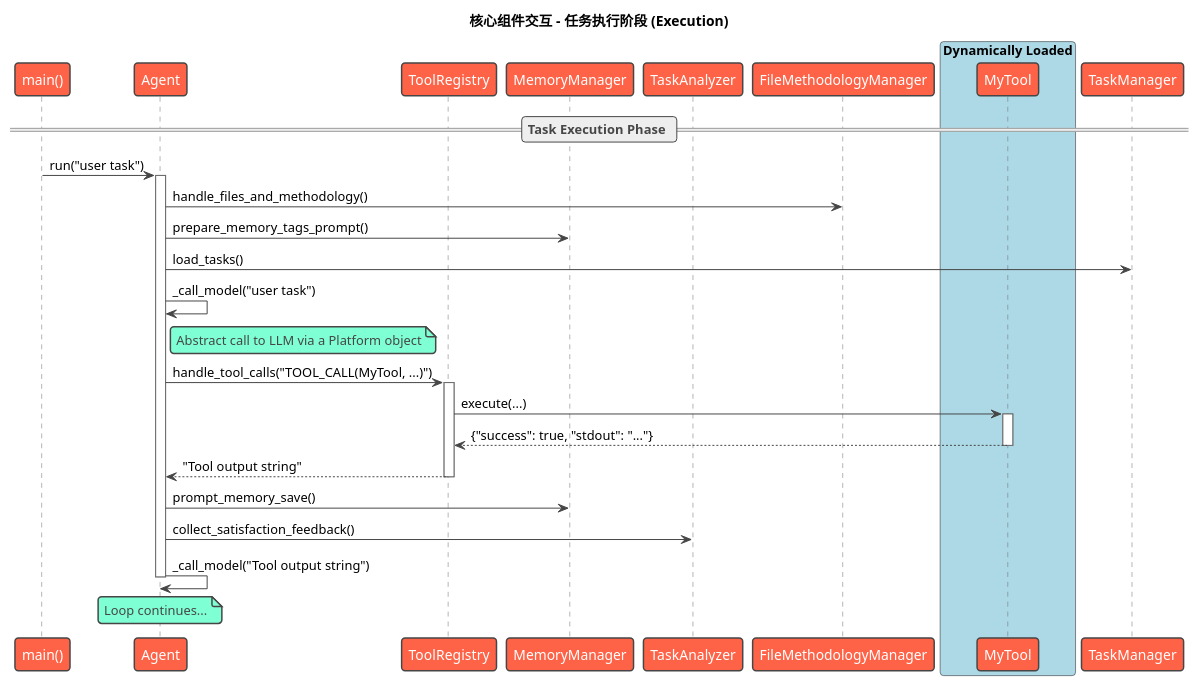
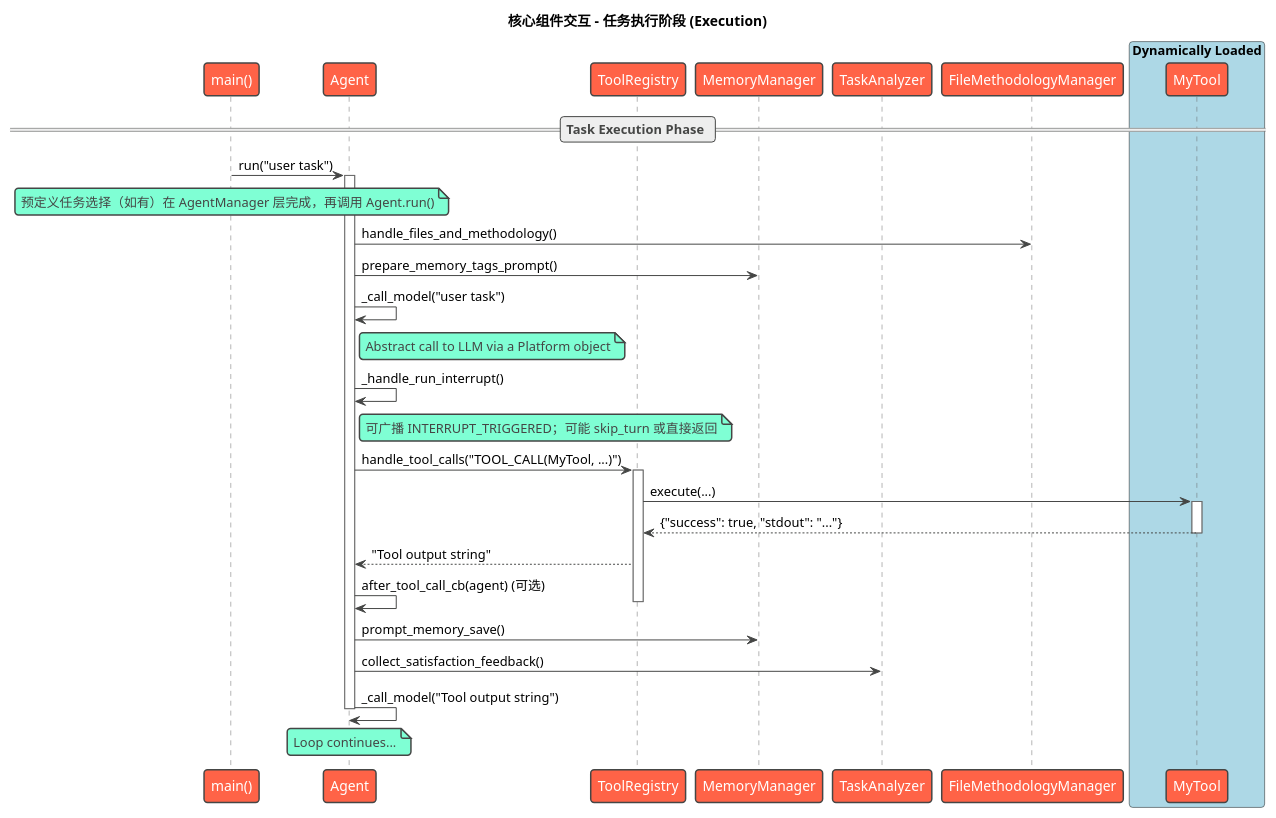
One commit to skyfireitdiy/Jarvis changed the third of 3 diagrams in docs/jarvis_book/3.核心概念与架构.md. Above: the diagram before and after it, drawn with PlantUML. The commit also changed other lines of this file and 5 other files, not shown here.

````diff
--- a/docs/jarvis_book/3.核心概念与架构.md
+++ b/docs/jarvis_book/3.核心概念与架构.md
@@ -534,44 +554,48 @@
 ```plantuml
 @startuml
 !theme vibrant
 title 核心组件交互 - 任务执行阶段 (Execution)
 
 participant "main()" as Main
 participant "Agent" as Agent
 participant "ToolRegistry" as ToolRegistry
 participant "MemoryManager" as MemoryManager
 participant "TaskAnalyzer" as TaskAnalyzer
 participant "FileMethodologyManager" as FileMethodologyManager
 
 box "Dynamically Loaded" #LightBlue
     participant "MyTool" as Tool
 end box
 
 == Task Execution Phase ==
 Main -> Agent : run("user task")
+note over Main: 预定义任务选择（如有）在 AgentManager 层完成，再调用 Agent.run()
 activate Agent
 
 Agent -> FileMethodologyManager : handle_files_and_methodology()
 Agent -> MemoryManager : prepare_memory_tags_prompt()
-Agent -> TaskManager : load_tasks()
+' 预定义任务选择在 AgentManager 层处理
 
 Agent -> Agent : _call_model("user task")
 note right of Agent: Abstract call to LLM via a Platform object
+Agent -> Agent : _handle_run_interrupt()
+note right of Agent: 可广播 INTERRUPT_TRIGGERED；可能 skip_turn 或直接返回
 
 Agent -> ToolRegistry : handle_tool_calls("TOOL_CALL(MyTool, ...)")
 activate ToolRegistry
 ToolRegistry -> Tool : execute(...)
 activate Tool
 Tool --> ToolRegistry : {"success": true, "stdout": "..."}
 deactivate Tool
 ToolRegistry --> Agent : "Tool output string"
+Agent -> Agent : after_tool_call_cb(agent) (可选)
 deactivate ToolRegistry
 
 Agent -> MemoryManager : prompt_memory_save()
 Agent -> TaskAnalyzer : collect_satisfaction_feedback()
 
 Agent -> Agent : _call_model("Tool output string")
 note over Agent : Loop continues...
 deactivate Agent
 @enduml
 ```
````
